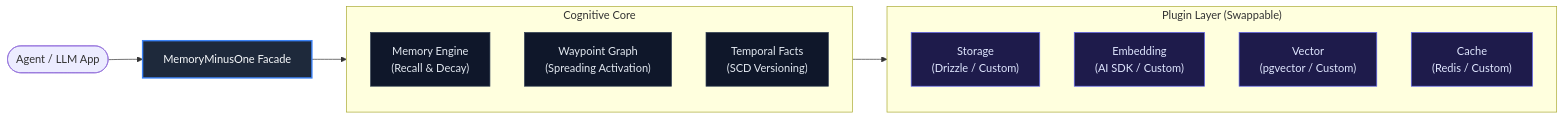
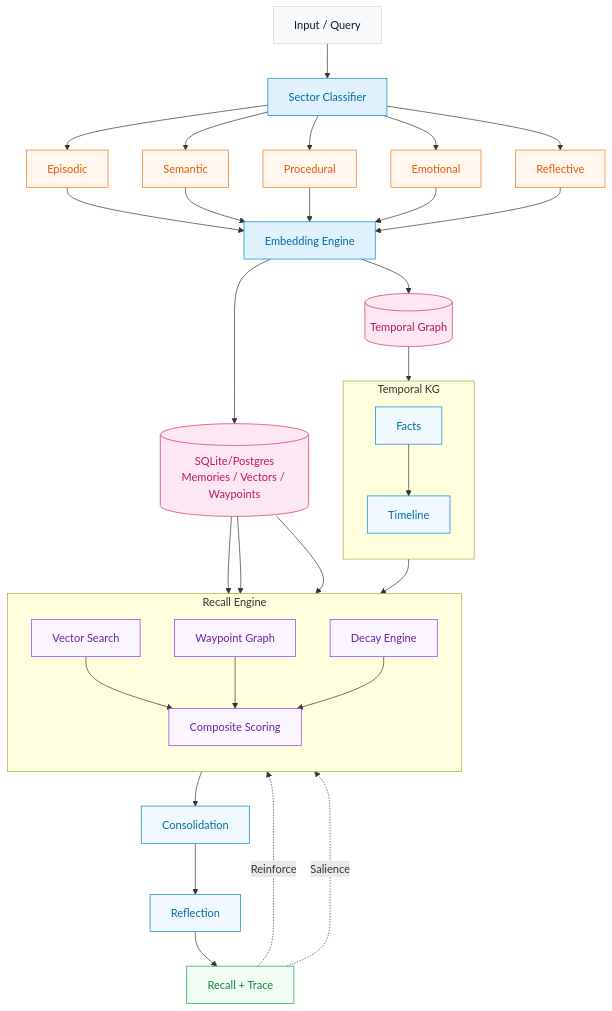
The diagram in README.md (NormVg/MemoryMinusOne), drawn with Mermaid before and after one commit.

Commit message:
docs: replace README diagram with high-fidelity architecture flowchart

````diff
--- a/README.md
+++ b/README.md
@@ -83,28 +83,62 @@
 ```mermaid
-flowchart LR
-    %% Style Definitions
-    classDef facade fill:#1e293b,stroke:#3b82f6,stroke-width:2px,color:#f8fafc;
-    classDef core fill:#0f172a,stroke:#334155,stroke-width:1px,color:#e2e8f0;
-    classDef plugin fill:#1e1b4b,stroke:#6366f1,stroke-width:1px,color:#e0e7ff;
-    classDef external fill:#0f2942,stroke:#0284c7,stroke-width:1px,color:#e0f2fe;
+flowchart TD
+    %% Styling Classes
+    classDef input fill:#f8fafc,stroke:#cbd5e1,stroke-width:1px,color:#0f172a;
+    classDef classifier fill:#e0f2fe,stroke:#0284c7,stroke-width:1px,color:#0369a1;
+    classDef sector fill:#fff7ed,stroke:#f97316,stroke-width:1px,color:#ea580c;
+    classDef db fill:#fce7f3,stroke:#db2777,stroke-width:1px,color:#be185d;
+    classDef recallNode fill:#faf5ff,stroke:#9333ea,stroke-width:1px,color:#6b21a8;
+    classDef factsNode fill:#f0f9ff,stroke:#0284c7,stroke-width:1px,color:#0369a1;
+    classDef processing fill:#f0f9ff,stroke:#0284c7,stroke-width:1px,color:#0369a1;
+    classDef trace fill:#f0fdf4,stroke:#16a34a,stroke-width:1px,color:#15803d;
 
-    Agent([Agent / LLM App]) --> MMO[MemoryMinusOne Facade]:::facade
-    
-    subgraph Core ["Cognitive Core"]
-        direction TB
-        Engine["Memory Engine<br/>(Recall & Decay)"]:::core
-        Graph["Waypoint Graph<br/>(Spreading Activation)"]:::core
-        Facts["Temporal Facts<br/>(SCD Versioning)"]:::core
-    end
-    
-    subgraph Plugins ["Plugin Layer (Swappable)"]
-        direction TB
-        Storage["Storage<br/>(Drizzle / Custom)"]:::plugin
-        Embedding["Embedding<br/>(AI SDK / Custom)"]:::plugin
-        Vector["Vector<br/>(pgvector / Custom)"]:::plugin
-        Cache["Cache<br/>(Redis / Custom)"]:::plugin
+    Input["Input / Query"]:::input --> Classifier["Sector Classifier"]:::classifier
+
+    Classifier --> Sector1["Episodic"]:::sector
+    Classifier --> Sector2["Semantic"]:::sector
+    Classifier --> Sector3["Procedural"]:::sector
+    Classifier --> Sector4["Emotional"]:::sector
+    Classifier --> Sector5["Reflective"]:::sector
+
+    Sector1 --> Embed["Embedding Engine"]:::classifier
+    Sector2 --> Embed
+    Sector3 --> Embed
+    Sector4 --> Embed
+    Sector5 --> Embed
+
+    Embed --> DB[(SQLite/Postgres<br/>Memories / Vectors / Waypoints)]:::db
+    Embed --> TemporalDB[(Temporal Graph)]:::db
+
+    subgraph RecallEngine ["Recall Engine"]
+        direction TD
+        VReq["Vector Search"]:::recallNode
+        WaypointGraph["Waypoint Graph"]:::recallNode
+        Decay["Decay Engine"]:::recallNode
+        CompositeScore["Composite Scoring"]:::recallNode
     end
 
-    MMO --> Core
-    Core --> Plugins
+    subgraph TemporalKG ["Temporal KG"]
+        direction TD
+        Facts["Facts"]:::factsNode
+        Timeline["Timeline"]:::factsNode
+    end
+
+    DB --> VReq
+    DB --> WaypointGraph
+    DB --> Decay
+
+    TemporalDB --> Facts
+    Facts --> Timeline
+
+    VReq --> CompositeScore
+    WaypointGraph --> CompositeScore
+    Decay --> CompositeScore
+    Timeline --> CompositeScore
+
+    CompositeScore --> Consolidation["Consolidation"]:::processing
+    Consolidation --> Reflection["Reflection"]:::processing
+    Reflection --> Trace["Recall + Trace"]:::trace
+
+    Trace -.->|Reinforce| WaypointGraph
+    Trace -.->|Salience| Decay
 ```
````
